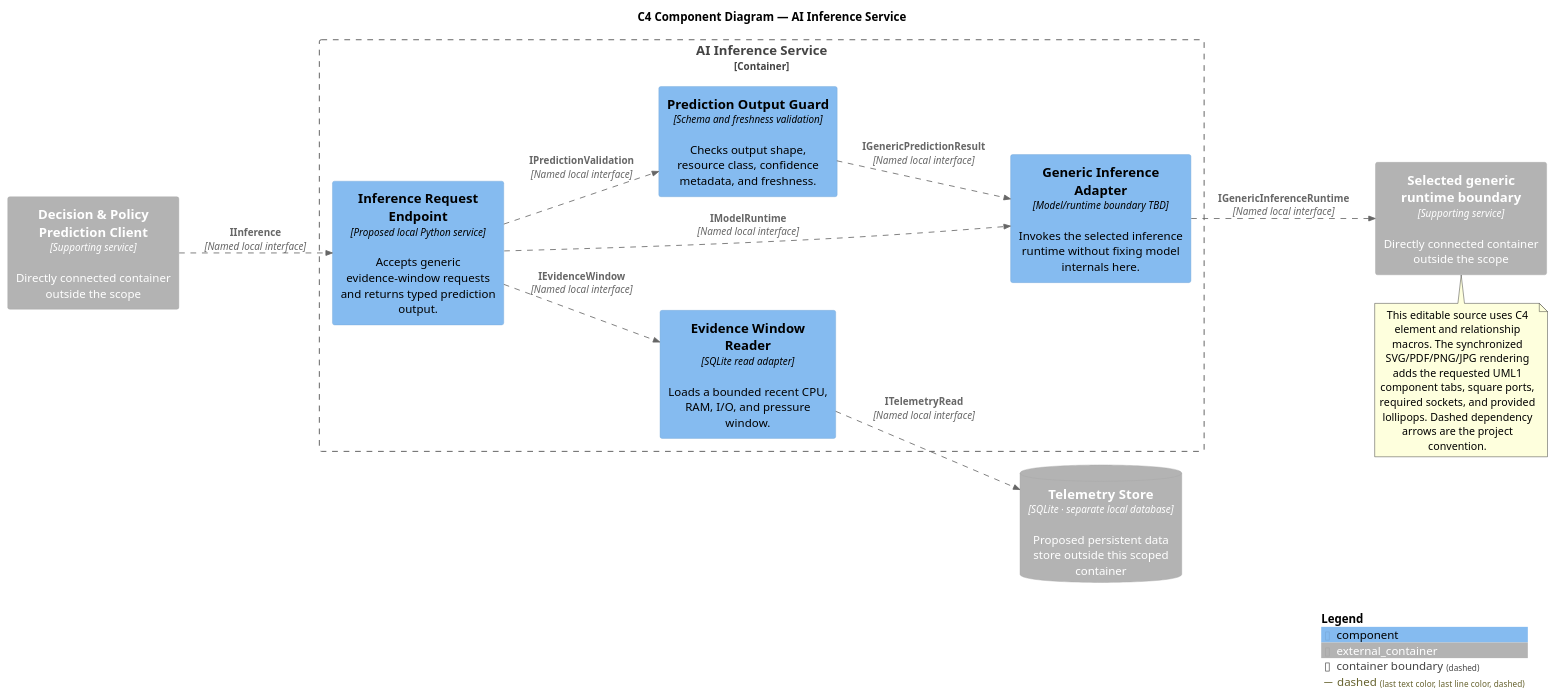
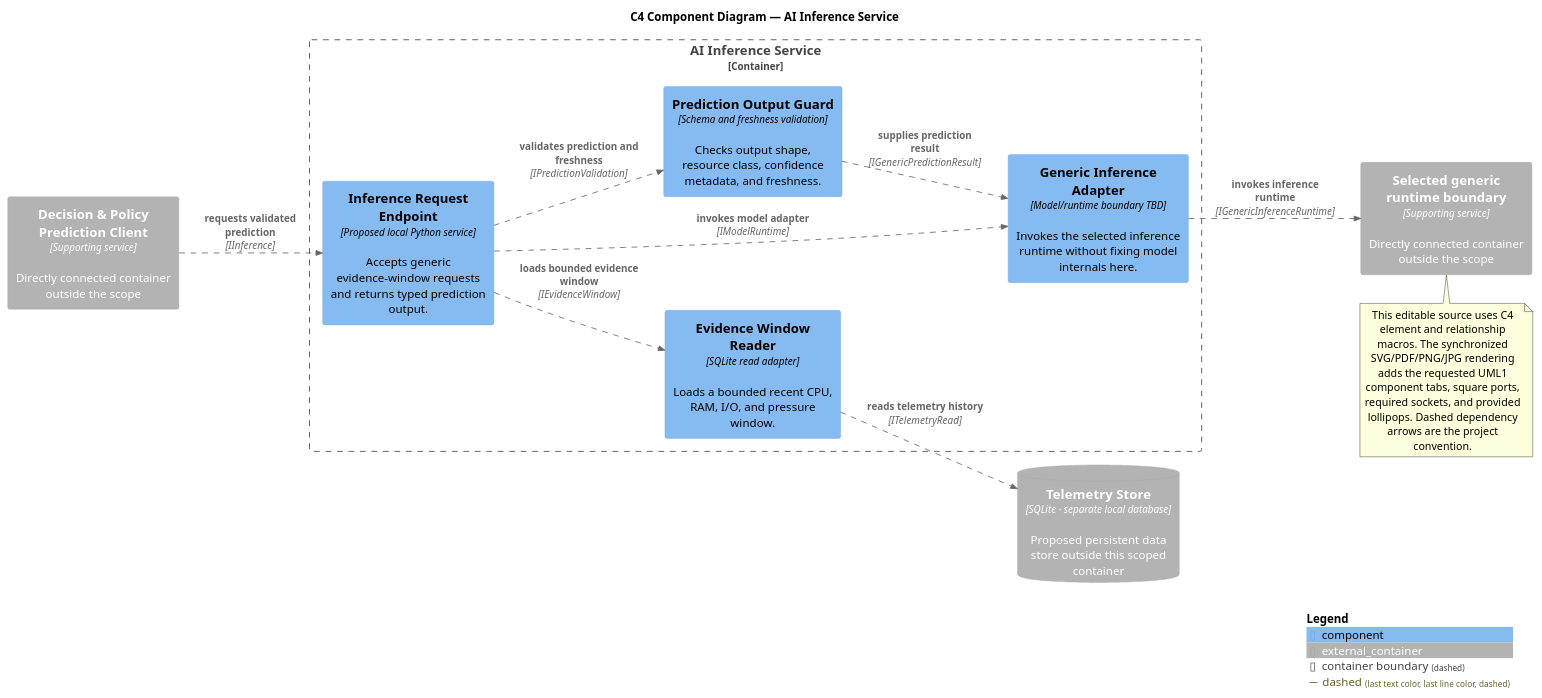
The diagram in documentation/architecture/c4/07_c4_inference_service_components.puml (Ammar-M-Eid/AIOS), drawn with PlantUML before and after one commit. The commit also changed 30 other files, not shown here.

```diff
--- a/documentation/architecture/c4/07_c4_inference_service_components.puml
+++ b/documentation/architecture/c4/07_c4_inference_service_components.puml
@@ -1,27 +1,27 @@
 @startuml
 !include <C4/C4_Component>
 skinparam componentStyle uml1
 title C4 Component Diagram — AI Inference Service
 LAYOUT_LEFT_RIGHT()
 AddRelTag("dashed", $lineStyle=DashedLine())
 Container_Boundary(scope, "AI Inference Service") {
   Component(C1, "Inference Request Endpoint", "Proposed local Python service", "Accepts generic evidence-window requests and returns typed prediction output.")
   Component(C2, "Evidence Window Reader", "SQLite read adapter", "Loads a bounded recent CPU, RAM, I/O, and pressure window.")
   Component(C3, "Generic Inference Adapter", "Model/runtime boundary TBD", "Invokes the selected inference runtime without fixing model internals here.")
   Component(C4, "Prediction Output Guard", "Schema and freshness validation", "Checks output shape, resource class, confidence metadata, and freshness.")
 }
 Container_Ext(S1, "Decision & Policy Prediction Client", "Supporting service", "Directly connected container outside the scope")
 ContainerDb_Ext(S2, "Telemetry Store", "SQLite · separate local database", "Proposed persistent data store outside this scoped container")
 Container_Ext(S3, "Selected generic runtime boundary", "Supporting service", "Directly connected container outside the scope")
-Rel(S1, C1, "IInference", "Named local interface", $tags="dashed")
-Rel(C1, C2, "IEvidenceWindow", "Named local interface", $tags="dashed")
-Rel(C2, S2, "ITelemetryRead", "Named local interface", $tags="dashed")
-Rel(C1, C3, "IModelRuntime", "Named local interface", $tags="dashed")
-Rel(C1, C4, "IPredictionValidation", "Named local interface", $tags="dashed")
-Rel(C4, C3, "IGenericPredictionResult", "Named local interface", $tags="dashed")
-Rel(C3, S3, "IGenericInferenceRuntime", "Named local interface", $tags="dashed")
+Rel(S1, C1, "requests validated prediction", "IInference", $tags="dashed")
+Rel(C1, C2, "loads bounded evidence window", "IEvidenceWindow", $tags="dashed")
+Rel(C2, S2, "reads telemetry history", "ITelemetryRead", $tags="dashed")
+Rel(C1, C3, "invokes model adapter", "IModelRuntime", $tags="dashed")
+Rel(C1, C4, "validates prediction and freshness", "IPredictionValidation", $tags="dashed")
+Rel(C4, C3, "supplies prediction result", "IGenericPredictionResult", $tags="dashed")
+Rel(C3, S3, "invokes inference runtime", "IGenericInferenceRuntime", $tags="dashed")
 note bottom
 This editable source uses C4 element and relationship macros. The synchronized SVG/PDF/PNG/JPG rendering adds the requested UML1 component tabs, square ports, required sockets, and provided lollipops. Dashed dependency arrows are the project convention.
 end note
 SHOW_LEGEND()
 @enduml
```
